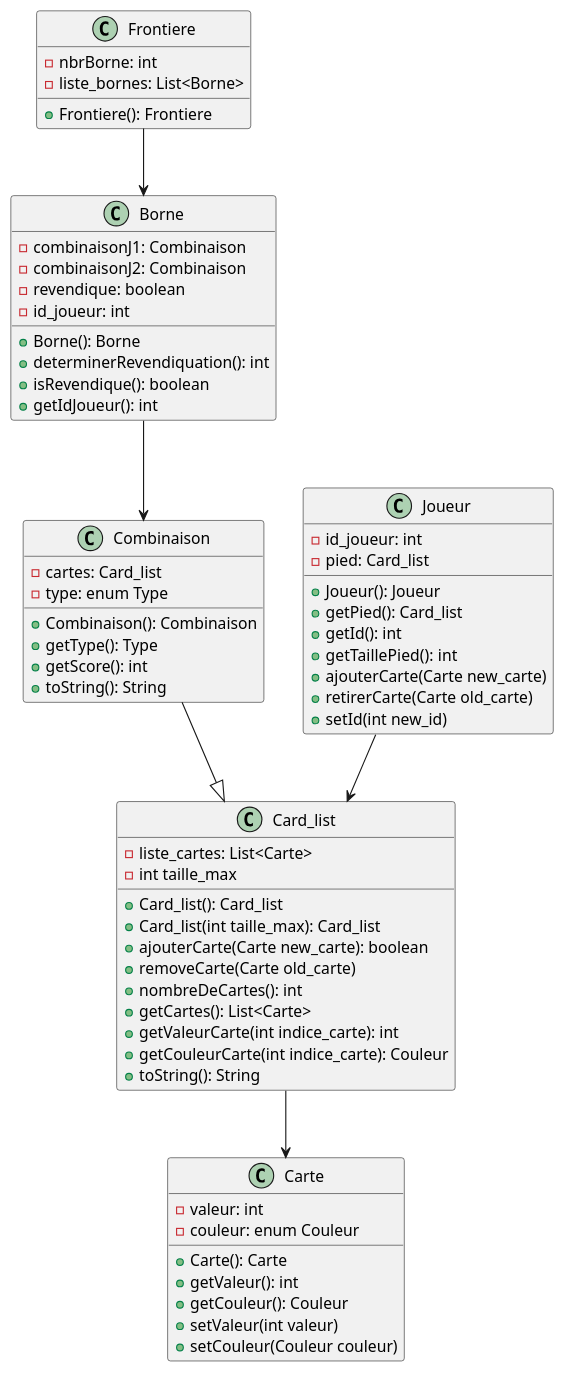
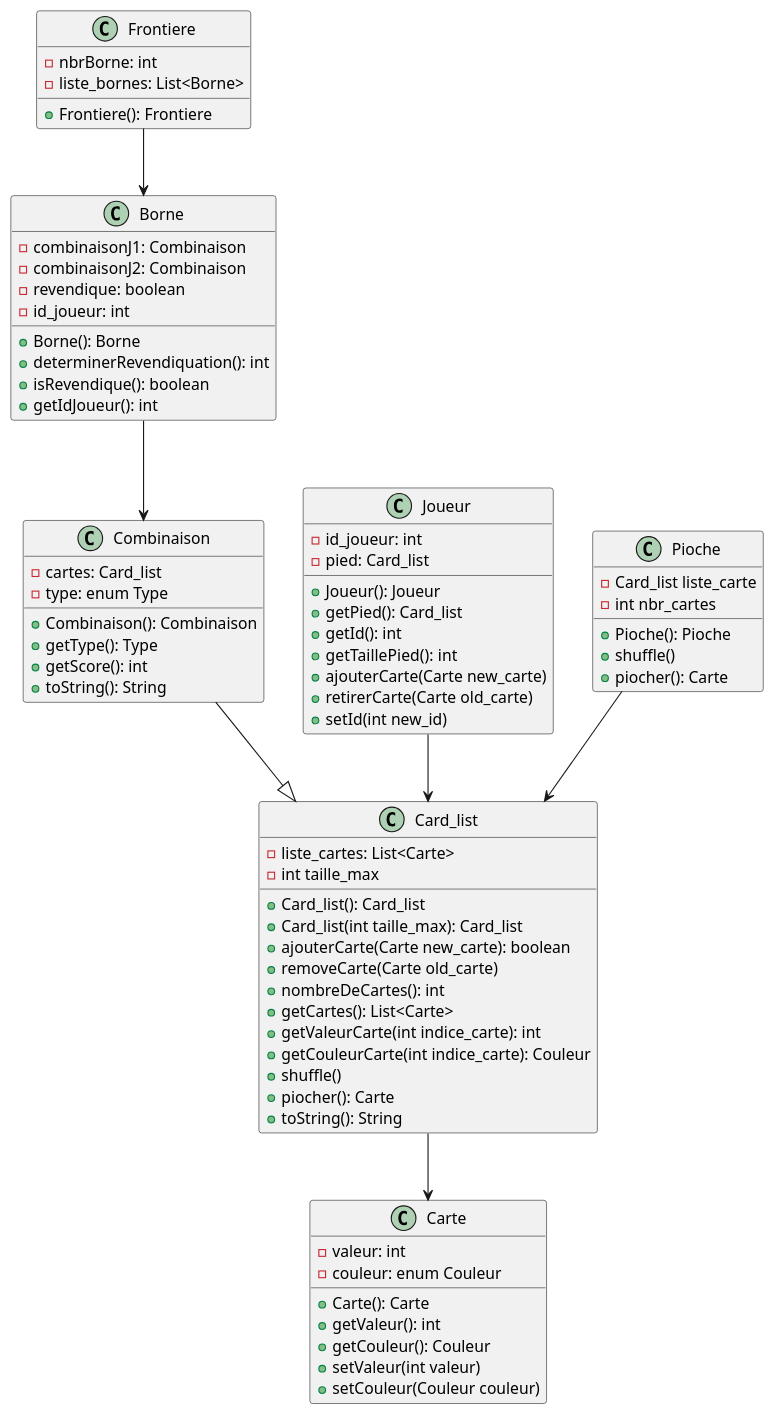
The diagram in src/diagrams/model.puml (Pagatok/pg220), drawn with PlantUML before and after one commit. The commit also changed 6 other files, not shown here.

```diff
--- a/src/diagrams/model.puml
+++ b/src/diagrams/model.puml
@@ -1,72 +1,85 @@
 @startuml model
 
 class Carte{
     - valeur: int
     - couleur: enum Couleur
     + Carte(): Carte
     + getValeur(): int
     + getCouleur(): Couleur
     + setValeur(int valeur)
     + setCouleur(Couleur couleur)
 }
 
 class Combinaison{
     - cartes: Card_list
     - type: enum Type
     + Combinaison(): Combinaison 
     + getType(): Type 
     + getScore(): int 
     + toString(): String
 }
 
 class Joueur{
     - id_joueur: int
     - pied: Card_list
     + Joueur(): Joueur
     + getPied(): Card_list
     + getId(): int
     + getTaillePied(): int
     + ajouterCarte(Carte new_carte)
     + retirerCarte(Carte old_carte)
     + setId(int new_id)
 }
 
 class Card_list{
     - liste_cartes: List<Carte>
     - int taille_max
     + Card_list(): Card_list
     + Card_list(int taille_max): Card_list
     + ajouterCarte(Carte new_carte): boolean
     + removeCarte(Carte old_carte)
     + nombreDeCartes(): int 
     + getCartes(): List<Carte> 
     + getValeurCarte(int indice_carte): int
     + getCouleurCarte(int indice_carte): Couleur
+    + shuffle()
+    + piocher(): Carte
     + toString(): String   
 }
 
 class Borne{
     - combinaisonJ1: Combinaison
     - combinaisonJ2: Combinaison
     - revendique: boolean
     - id_joueur: int
     + Borne(): Borne
     + determinerRevendiquation(): int
     + isRevendique(): boolean
     + getIdJoueur(): int
 }
 
 class Frontiere{
     - nbrBorne: int
     - liste_bornes: List<Borne>
     + Frontiere(): Frontiere
 }
 
+
+class Pioche{
+    - Card_list liste_carte
+    - int nbr_cartes
+    + Pioche(): Pioche
+    + shuffle()
+    + piocher(): Carte
+
+}
+
 Combinaison --|> Card_list
 Joueur --> Card_list
 Card_list --> Carte
 Borne --> Combinaison
 Frontiere --> Borne
+Pioche --> Card_list
 
 
 @enduml
```
